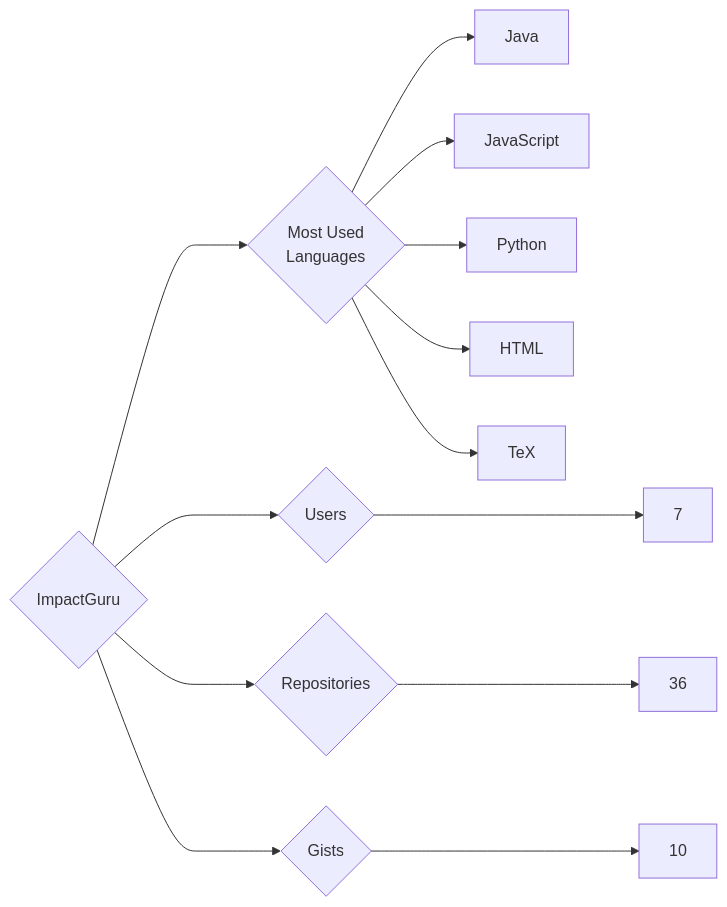
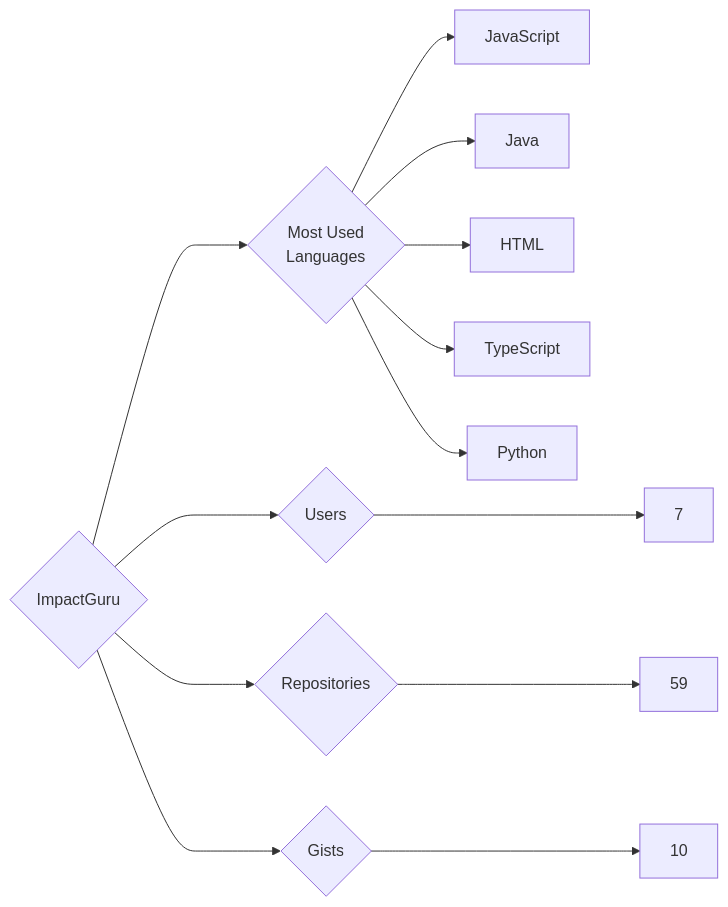
One commit to trickest/insiders changed the diagram in targets/ImpactGuru/README.md. Above: the diagram before and after it, drawn with Mermaid. The commit also changed 1123 other files, not shown here.

````diff
--- a/targets/ImpactGuru/README.md
+++ b/targets/ImpactGuru/README.md
@@ -3,13 +3,13 @@
 ```mermaid
 graph LR
 COMPANY_NAME{ImpactGuru}
 COMPANY_NAME ---> U{Users} ---> UN[7]
-COMPANY_NAME ---> R{Repositories} ---> RN[36]
+COMPANY_NAME ---> R{Repositories} ---> RN[59]
 COMPANY_NAME ---> G{Gists} ---> GN[10]
 COMPANY_NAME ---> ML{Most Used<br>Languages}
+ML --> JavaScript[JavaScript]
 ML --> Java[Java]
-ML --> JavaScript[JavaScript]
+ML --> HTML[HTML]
+ML --> TypeScript[TypeScript]
 ML --> Python[Python]
-ML --> HTML[HTML]
-ML --> TeX[TeX]
 ```
````
